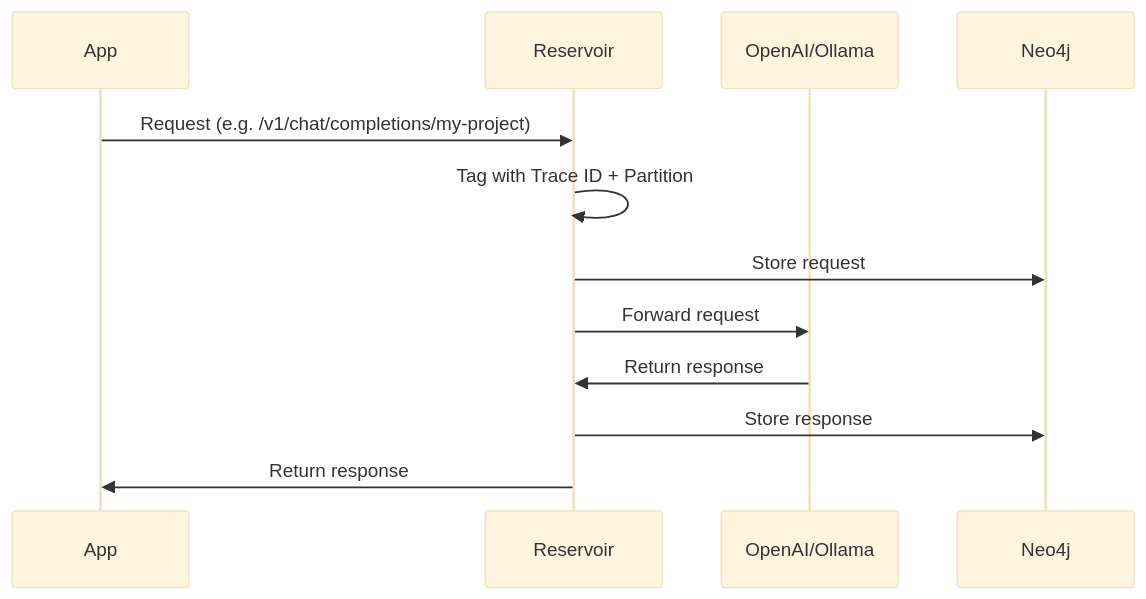
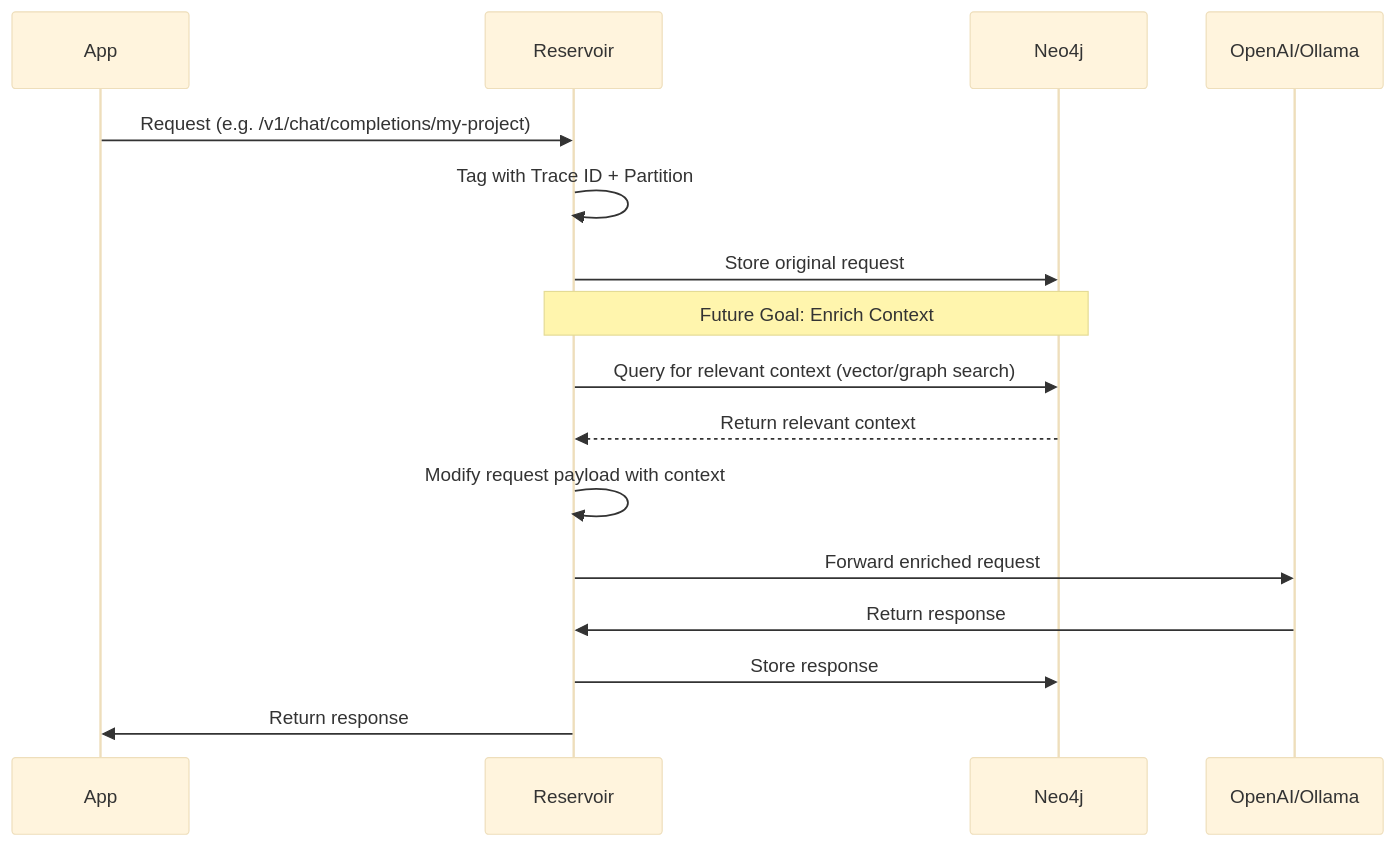
Before and after one commit to divanvisagie/reservoir: the first of 2 diagrams in README.md, drawn with Mermaid (base theme).

Commit message:
feat: enhance sequence diagram in README.md to include context enrichment steps with Neo4j

````diff
--- a/README.md
+++ b/README.md
@@ -24,14 +24,23 @@
 ```mermaid
 sequenceDiagram
     participant App
     participant Reservoir
+    participant Neo4j
     participant LLM as OpenAI/Ollama
 
     App->>Reservoir: Request (e.g. /v1/chat/completions/my-project)
     Reservoir->>Reservoir: Tag with Trace ID + Partition
-    Reservoir->>Neo4j: Store request
-    Reservoir->>LLM: Forward request
+    Reservoir->>Neo4j: Store original request
+
+    %% --- Context Enrichment Steps (Future Goal) ---
+    Note over Reservoir,Neo4j: Future Goal: Enrich Context
+    Reservoir->>Neo4j: Query for relevant context (vector/graph search)
+    Neo4j-->>Reservoir: Return relevant context
+    Reservoir->>Reservoir: Modify request payload with context
+    %% --- End Enrichment Steps ---
+
+    Reservoir->>LLM: Forward enriched request
     LLM->>Reservoir: Return response
     Reservoir->>Neo4j: Store response
     Reservoir->>App: Return response
 ```
````
